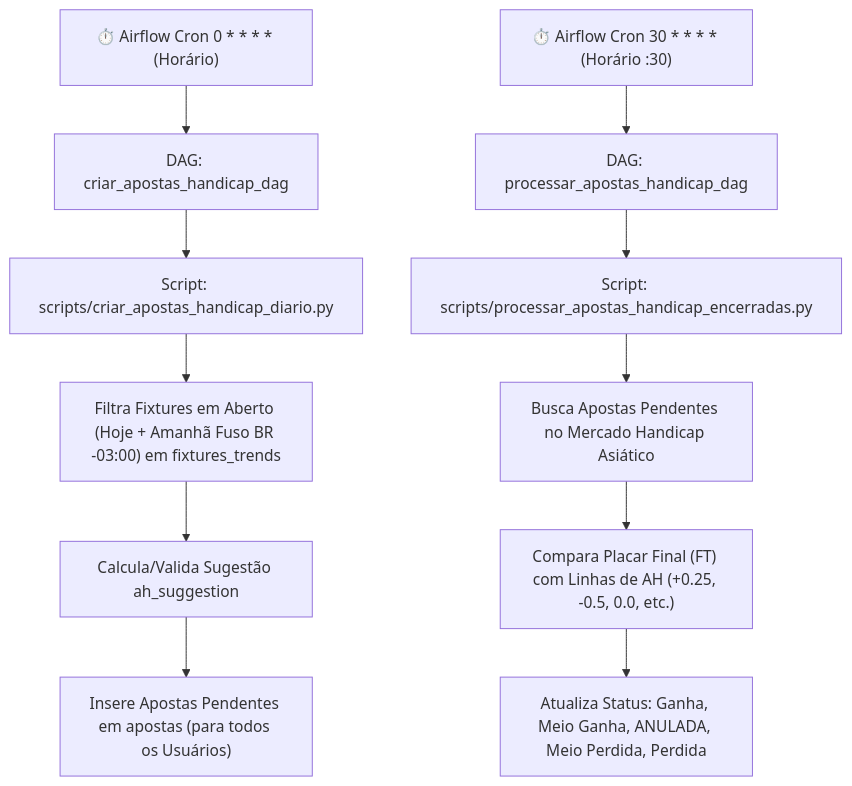
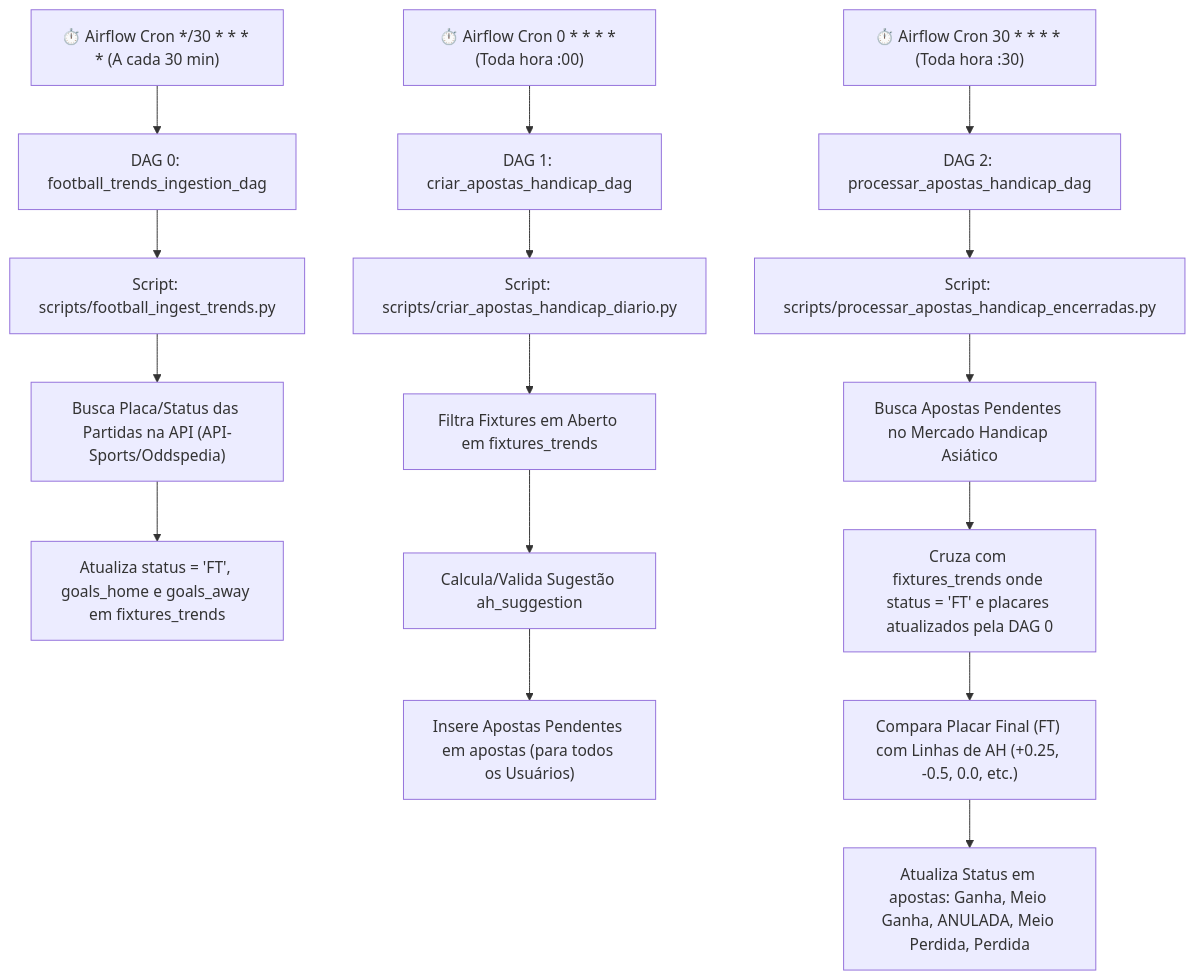
The diagram in docs/footballweb/DAGS_HANDICAP_ASIATICO.md (paulomnasc/datalake-air-flow-delta), drawn with Mermaid before and after one commit. The commit also changed other lines of this file and 2 other files, not shown here.

Commit message:
feat: implement circuit-breaker for API-Sports and optimize data ingestion via local caching and scraper cleanup.

````diff
--- a/docs/footballweb/DAGS_HANDICAP_ASIATICO.md
+++ b/docs/footballweb/DAGS_HANDICAP_ASIATICO.md
@@ -13,14 +14,20 @@
 ```mermaid
 flowchart TD
-    A["⏱️ Airflow Cron 0 * * * * (Horário)"] --> B["DAG: criar_apostas_handicap_dag"]
+    Z["⏱️ Airflow Cron */30 * * * * (A cada 30 min)"] --> Y["DAG 0: football_trends_ingestion_dag"]
+    Y --> X["Script: scripts/football_ingest_trends.py"]
+    X --> W["Busca Placa/Status das Partidas na API (API-Sports/Oddspedia)"]
+    W --> V["Atualiza status = 'FT', goals_home e goals_away em fixtures_trends"]
+
+    A["⏱️ Airflow Cron 0 * * * * (Toda hora :00)"] --> B["DAG 1: criar_apostas_handicap_dag"]
     B --> C["Script: scripts/criar_apostas_handicap_diario.py"]
-    C --> D["Filtra Fixtures em Aberto (Hoje + Amanhã Fuso BR -03:00) em fixtures_trends"]
+    C --> D["Filtra Fixtures em Aberto em fixtures_trends"]
     D --> E["Calcula/Valida Sugestão ah_suggestion"]
     E --> F["Insere Apostas Pendentes em apostas (para todos os Usuários)"]
 
-    G["⏱️ Airflow Cron 30 * * * * (Horário :30)"] --> H["DAG: processar_apostas_handicap_dag"]
+    G["⏱️ Airflow Cron 30 * * * * (Toda hora :30)"] --> H["DAG 2: processar_apostas_handicap_dag"]
     H --> I["Script: scripts/processar_apostas_handicap_encerradas.py"]
     I --> J["Busca Apostas Pendentes no Mercado Handicap Asiático"]
-    J --> K["Compara Placar Final (FT) com Linhas de AH (+0.25, -0.5, 0.0, etc.)"]
-    K --> L["Atualiza Status: Ganha, Meio Ganha, ANULADA, Meio Perdida, Perdida"]
+    J --> K["Cruza com fixtures_trends onde status = 'FT' e placares atualizados pela DAG 0"]
+    K --> L["Compara Placar Final (FT) com Linhas de AH (+0.25, -0.5, 0.0, etc.)"]
+    L --> M["Atualiza Status em apostas: Ganha, Meio Ganha, ANULADA, Meio Perdida, Perdida"]
 ```
````
